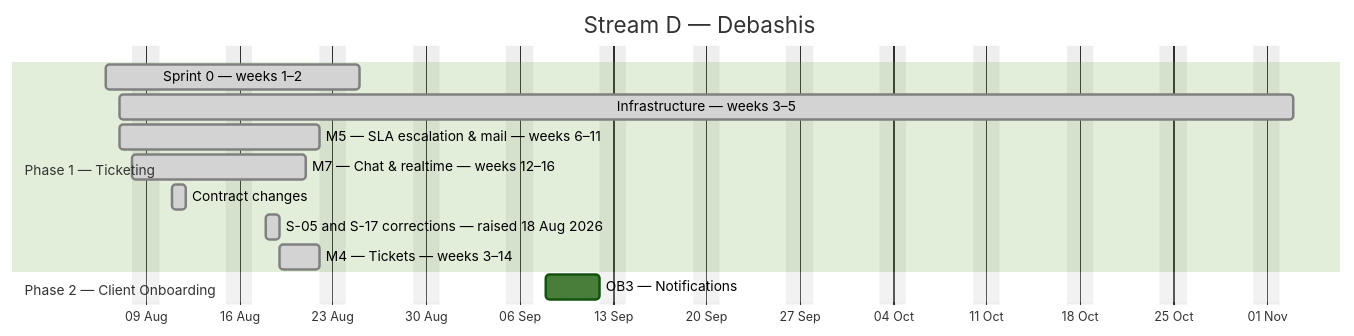
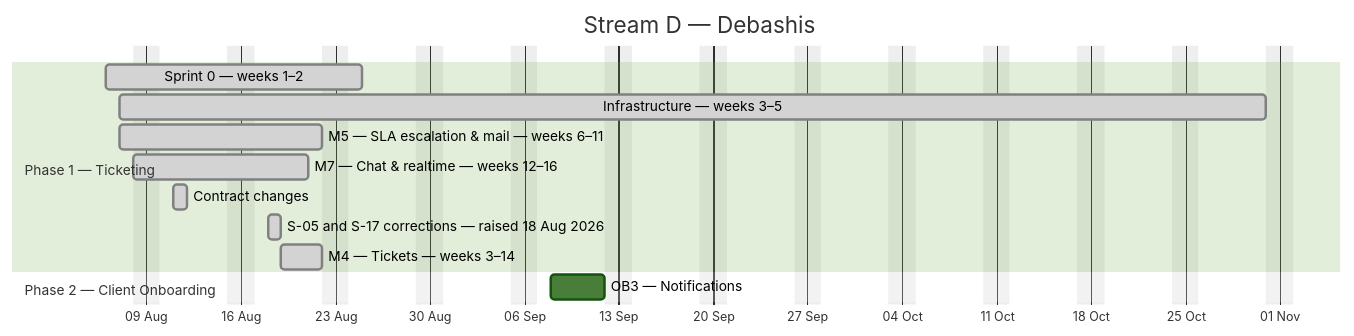
One commit to debashisedunext/EduTrack changed the fourth of 4 diagrams in docs/plan/GANTT.md. Above: the diagram before and after it, drawn with Mermaid (forest theme). The commit also changed other lines of this file and 2 other files, not shown here.

````diff
--- a/docs/plan/GANTT.md
+++ b/docs/plan/GANTT.md
@@ -188,17 +188,17 @@
 ```mermaid
 gantt
     dateFormat YYYY-MM-DD
     axisFormat %d %b
     title Stream D — Debashis
     excludes weekends
     section Phase 1 — Ticketing
     Sprint 0 — weeks 1–2 :done, d0, 2026-08-06, 13d
-    Infrastructure — weeks 3–5 :done, d1, 2026-08-07, 62d
+    Infrastructure — weeks 3–5 :done, d1, 2026-08-07, 61d
     M5 — SLA  escalation & mail — weeks 6–11 :done, d2, 2026-08-07, 11d
     M7 — Chat & realtime — weeks 12–16 :done, d3, 2026-08-08, 10d
     Contract changes :done, d4, 2026-08-11, 1d
     S-05 and S-17 corrections — raised 18 Aug 2026 :done, d5, 2026-08-18, 1d
     M4 — Tickets — weeks 3–14 :done, d6, 2026-08-19, 3d
     section Phase 2 — Client Onboarding
     OB3 — Notifications :d7, 2026-09-08, 4d
 ```
````
